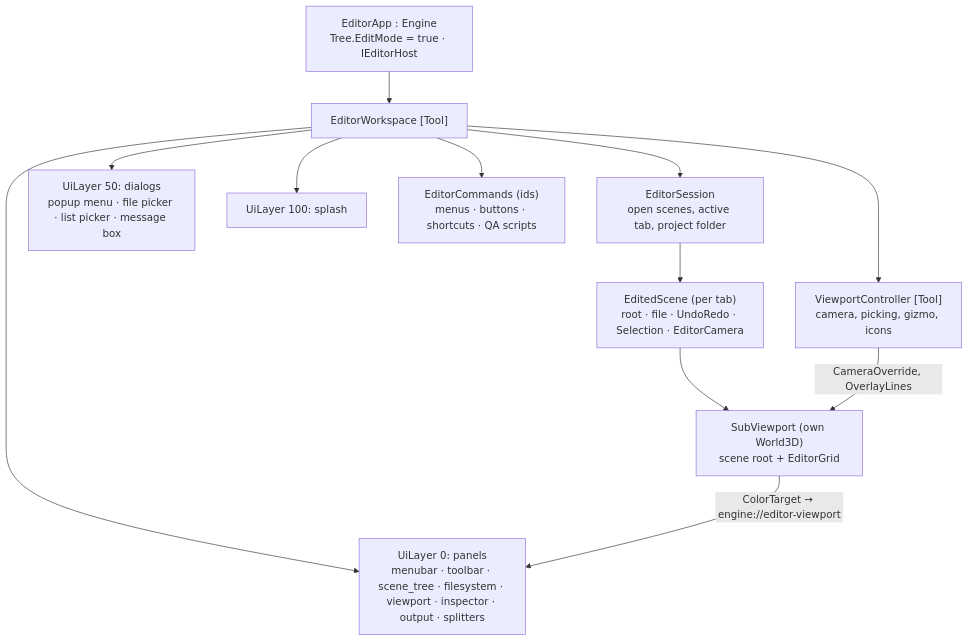
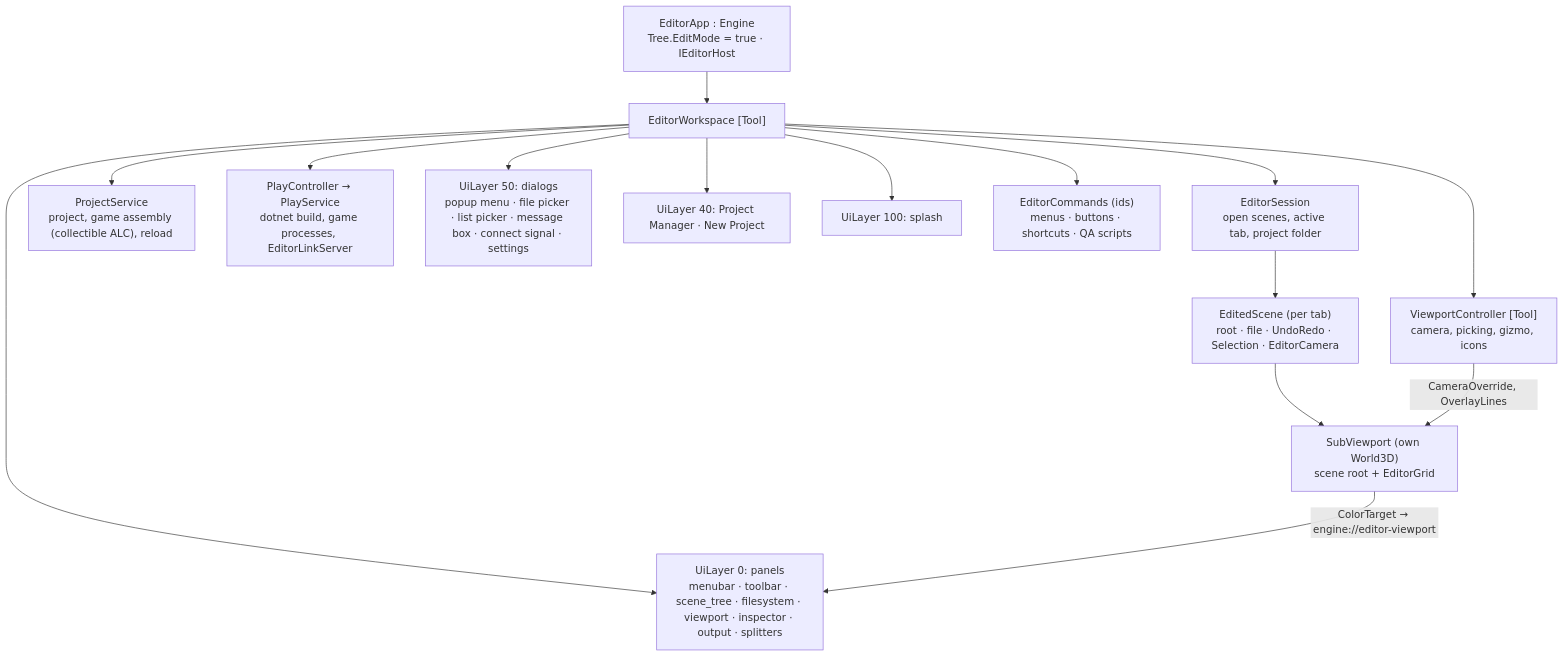
One commit to Mainframe-Games/mainframe-engine changed the diagram in docs/design/editor.md. Above: the diagram before and after it, drawn with Mermaid. The commit also changed other lines of this file and 17 other files, not shown here.

First line of the commit message:
M10: Document editor projects, Play, FileSystem and E5 polish; retire the editor proposal (ADRs 0097-0099, 0101)

````diff
--- a/docs/design/editor.md
+++ b/docs/design/editor.md
@@ -36,14 +44,17 @@
 ```mermaid
 flowchart TB
     App["EditorApp : Engine<br/>Tree.EditMode = true · IEditorHost"] --> WS["EditorWorkspace [Tool]"]
     WS --> S["EditorSession<br/>open scenes, active tab, project folder"]
+    WS --> PS["ProjectService<br/>project, game assembly (collectible ALC), reload"]
+    WS --> PC["PlayController → PlayService<br/>dotnet build, game processes, EditorLinkServer"]
     S --> ES["EditedScene (per tab)<br/>root · file · UndoRedo · Selection · EditorCamera"]
     ES --> SV["SubViewport (own World3D)<br/>scene root + EditorGrid"]
     WS --> VC["ViewportController [Tool]<br/>camera, picking, gizmo, icons"]
     WS --> PL["UiLayer 0: panels<br/>menubar · toolbar · scene_tree · filesystem · viewport · inspector · output · splitters"]
-    WS --> DL["UiLayer 50: dialogs<br/>popup menu · file picker · list picker · message box"]
+    WS --> DL["UiLayer 50: dialogs<br/>popup menu · file picker · list picker · message box · connect signal · settings"]
+    WS --> PM["UiLayer 40: Project Manager · New Project"]
     WS --> SP["UiLayer 100: splash"]
     WS --> C["EditorCommands (ids)<br/>menus · buttons · shortcuts · QA scripts"]
     VC -- "CameraOverride, OverlayLines" --> SV
     SV -- "ColorTarget → engine://editor-viewport" --> PL
 ```
````
